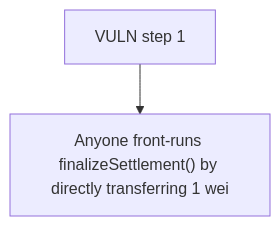
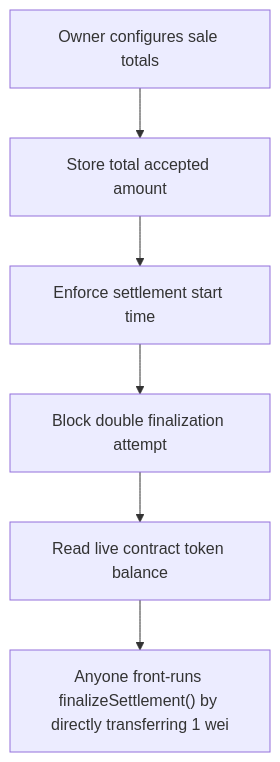
Before and after one commit to sanbir/evm-hack-registry: the diagram in 63977-h-02-the-finalizesettlement-can-be-dossed-leading-to-refund_exp/63977-h-02-the-finalizesettlement-can-be-dossed-leading-to-refund_exp.md, drawn with Mermaid. The commit also changed other lines of this file and 79 other files, not shown here.

````diff
--- a/63977-h-02-the-finalizesettlement-can-be-dossed-leading-to-refund_exp/63977-h-02-the-finalizesettlement-can-be-dossed-leading-to-refund_exp.md
+++ b/63977-h-02-the-finalizesettlement-can-be-dossed-leading-to-refund_exp/63977-h-02-the-finalizesettlement-can-be-dossed-leading-to-refund_exp.md
@@ -28,6 +28,14 @@
 ```mermaid
 flowchart TD
-  S0["VULN step 1"]
+  S0["Owner configures sale totals"]
+  S1["Store total accepted amount"]
+  S2["Enforce settlement start time"]
+  S3["Block double finalization attempt"]
+  S4["Read live contract token balance"]
   H["Anyone front-runs finalizeSettlement() by directly transferring 1 wei "]
-  S0 --> H
+  S0 --> S1
+  S1 --> S2
+  S2 --> S3
+  S3 --> S4
+  S4 --> H
 ```
````
